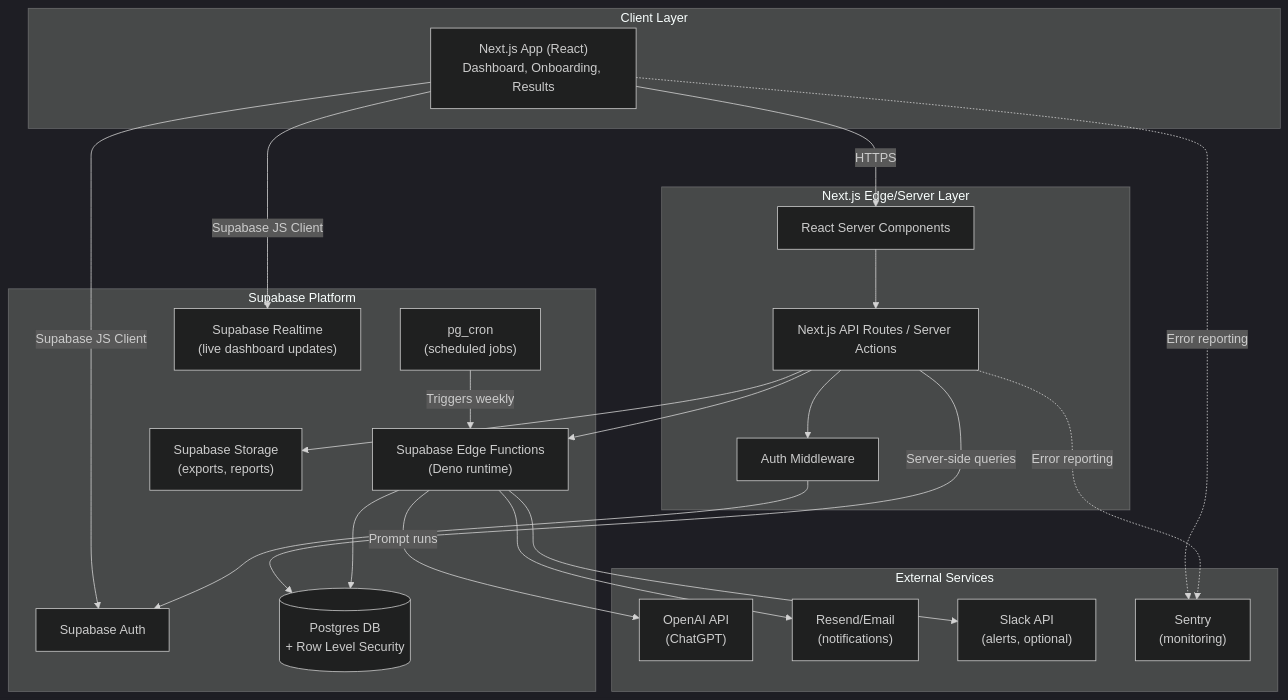
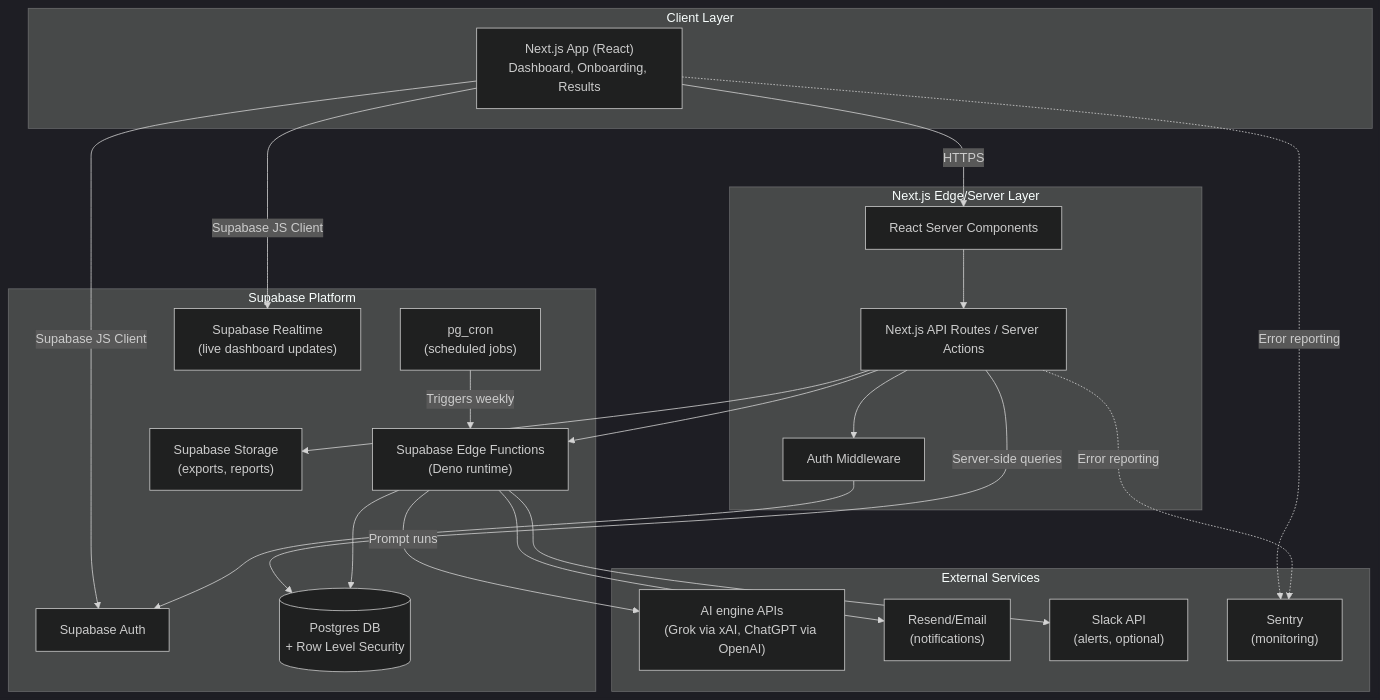
Before and after one commit to syedazmath01/neptune: the first of 5 diagrams in archicture.md, drawn with Mermaid (dark theme). The commit also changed other lines of this file and 76 other files, not shown here.

````diff
--- a/archicture.md
+++ b/archicture.md
@@ -26,45 +26,45 @@
 ```mermaid
 flowchart TB
     subgraph Client["Client Layer"]
         UI["Next.js App (React)<br/>Dashboard, Onboarding, Results"]
     end
 
     subgraph Edge["Next.js Edge/Server Layer"]
         RSC["React Server Components"]
         API["Next.js API Routes / Server Actions"]
         AuthMW["Auth Middleware"]
     end
 
     subgraph Supabase["Supabase Platform"]
         SAuth["Supabase Auth"]
         PG[("Postgres DB<br/>+ Row Level Security")]
         EdgeFn["Supabase Edge Functions<br/>(Deno runtime)"]
         Cron["pg_cron<br/>(scheduled jobs)"]
         Storage["Supabase Storage<br/>(exports, reports)"]
         Realtime["Supabase Realtime<br/>(live dashboard updates)"]
     end
 
     subgraph External["External Services"]
-        OpenAI["OpenAI API<br/>(ChatGPT)"]
+        OpenAI["AI engine APIs<br/>(Grok via xAI, ChatGPT via OpenAI)"]
         Resend["Resend/Email<br/>(notifications)"]
         Slack["Slack API<br/>(alerts, optional)"]
         Sentry["Sentry<br/>(monitoring)"]
     end
 
     UI -->|HTTPS| RSC
     RSC --> API
     UI -->|Supabase JS Client| SAuth
     UI -->|Supabase JS Client| Realtime
     API --> AuthMW
     AuthMW --> SAuth
     API -->|Server-side queries| PG
     API --> EdgeFn
     EdgeFn --> PG
     EdgeFn -->|Prompt runs| OpenAI
     Cron -->|Triggers weekly| EdgeFn
     EdgeFn --> Resend
     EdgeFn --> Slack
     API --> Storage
     UI -.->|Error reporting| Sentry
     API -.->|Error reporting| Sentry
 ```
````
